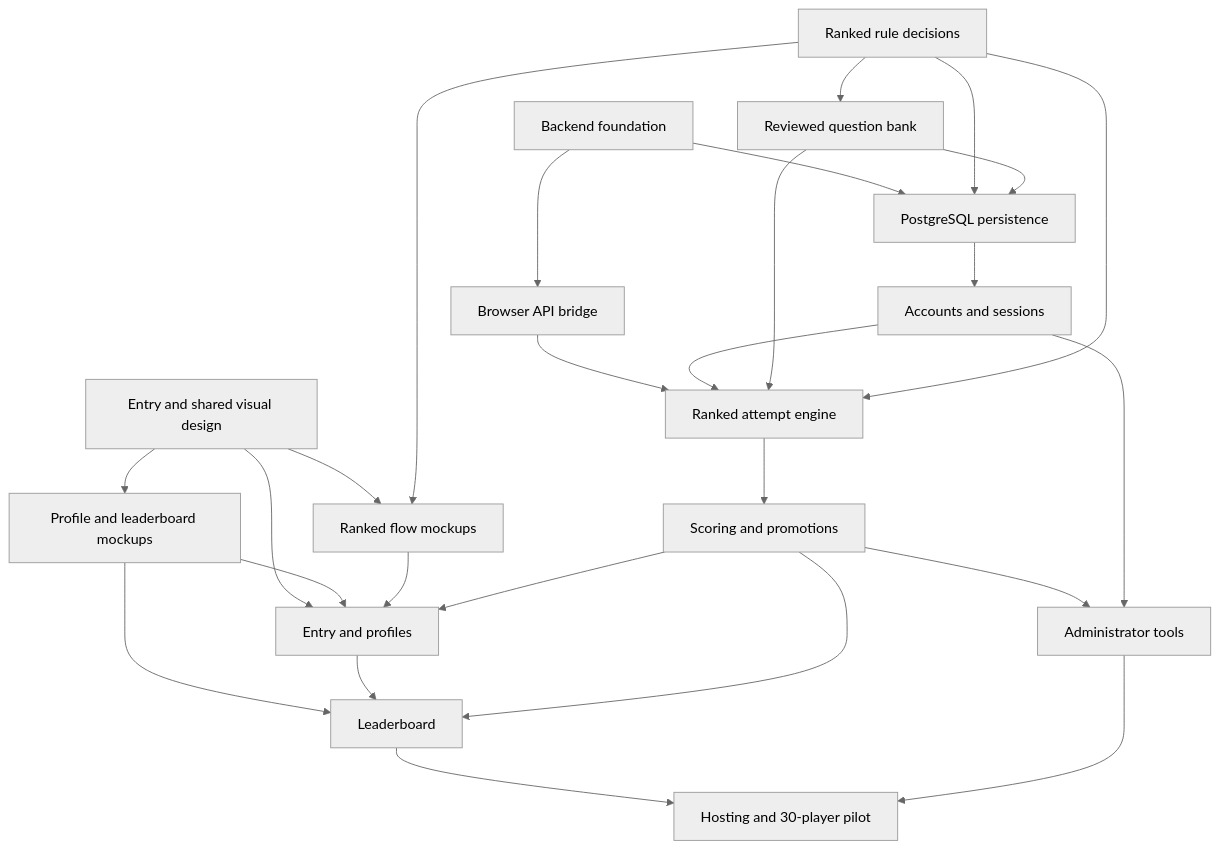
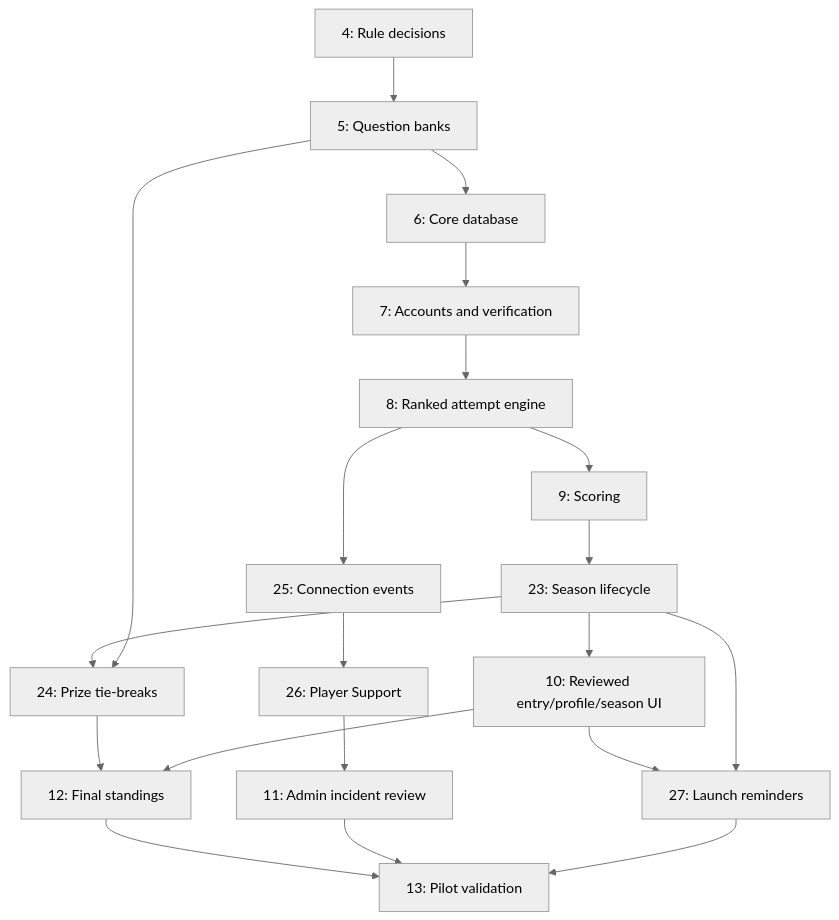
Before and after one commit to renilsonjr/Sort-Tester-Live: the diagram in docs/superpowers/plans/2026-11-06-ranked-roadmap.md, drawn with Mermaid (neutral theme). The commit also changed other lines of this file and 3 other files, not shown here.

First line of the commit message:
Record approved Ranked decisions, feature issues, and open rule questions (#28)

````diff
--- a/docs/superpowers/plans/2026-11-06-ranked-roadmap.md
+++ b/docs/superpowers/plans/2026-11-06-ranked-roadmap.md
@@ -44,28 +54,22 @@
 ```mermaid
 flowchart TD
-    V[Entry and shared visual design] --> VP[Profile and leaderboard mockups]
-    V --> VR[Ranked flow mockups]
-    R --> VR
-    V --> U
-    VP --> U
-    VR --> U
-    VP --> L
-    F[Backend foundation] --> B[Browser API bridge]
-    R[Ranked rule decisions] --> Q[Reviewed question bank]
-    F --> D[PostgreSQL persistence]
-    R --> D
-    Q --> D
-    D --> A[Accounts and sessions]
-    B --> E[Ranked attempt engine]
-    A --> E
-    Q --> E
-    R --> E
-    E --> S[Scoring and promotions]
-    S --> U[Entry and profiles]
-    S --> M[Administrator tools]
-    A --> M
-    U --> L[Leaderboard]
-    S --> L
-    L --> P[Hosting and 30-player pilot]
-    M --> P
+  R[4: Rule decisions] --> Q[5: Question banks]
+  Q --> D[6: Core database]
+  D --> A[7: Accounts and verification]
+  A --> E[8: Ranked attempt engine]
+  E --> S[9: Scoring]
+  S --> L[23: Season lifecycle]
+  E --> C[25: Connection events]
+  C --> T[26: Player Support]
+  T --> M[11: Admin incident review]
+  L --> U[10: Reviewed entry/profile/season UI]
+  L --> B[24: Prize tie-breaks]
+  Q --> B
+  B --> K[12: Final standings]
+  U --> K
+  U --> N[27: Launch reminders]
+  L --> N
+  K --> P[13: Pilot validation]
+  M --> P
+  N --> P
 ```
````
